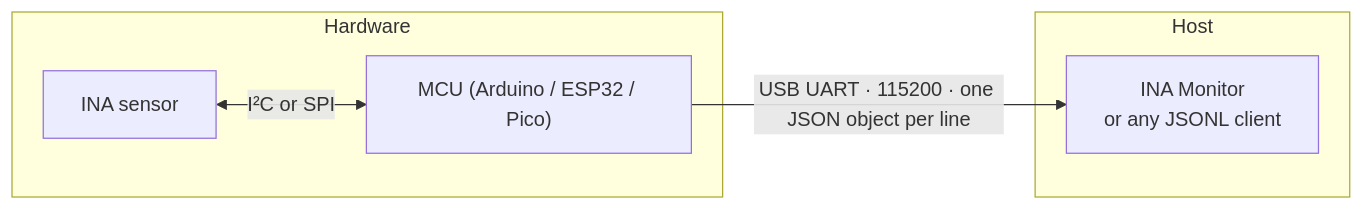
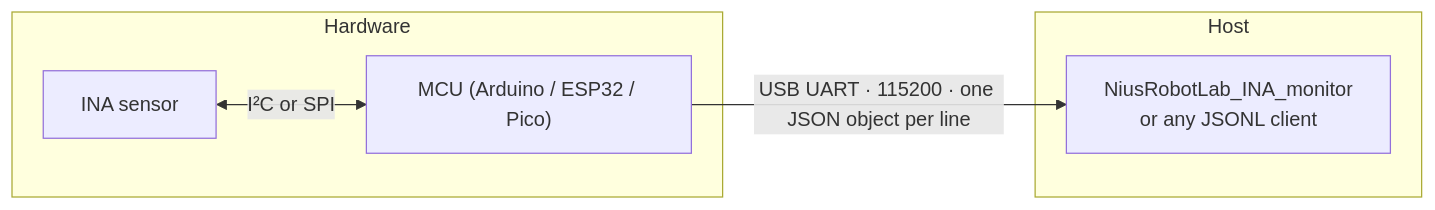
One commit to dunknowcoding/INA_series_sensor changed the diagram in README.md. Above: the diagram before and after it, drawn with Mermaid. The commit also changed other lines of this file and 5 other files, not shown here.

````diff
--- a/README.md
+++ b/README.md
@@ -76,12 +50,12 @@
 ```mermaid
 flowchart LR
   subgraph HW["Hardware"]
     INA["INA sensor"]
     MCU["MCU (Arduino / ESP32 / Pico)"]
   end
   subgraph Host["Host"]
-    APP["INA Monitor\nor any JSONL client"]
+    APP["NiusRobotLab_INA_monitor\nor any JSONL client"]
   end
   INA <-->|I²C or SPI| MCU
   MCU -->|"USB UART · 115200 · one JSON object per line"| APP
 ```
````
